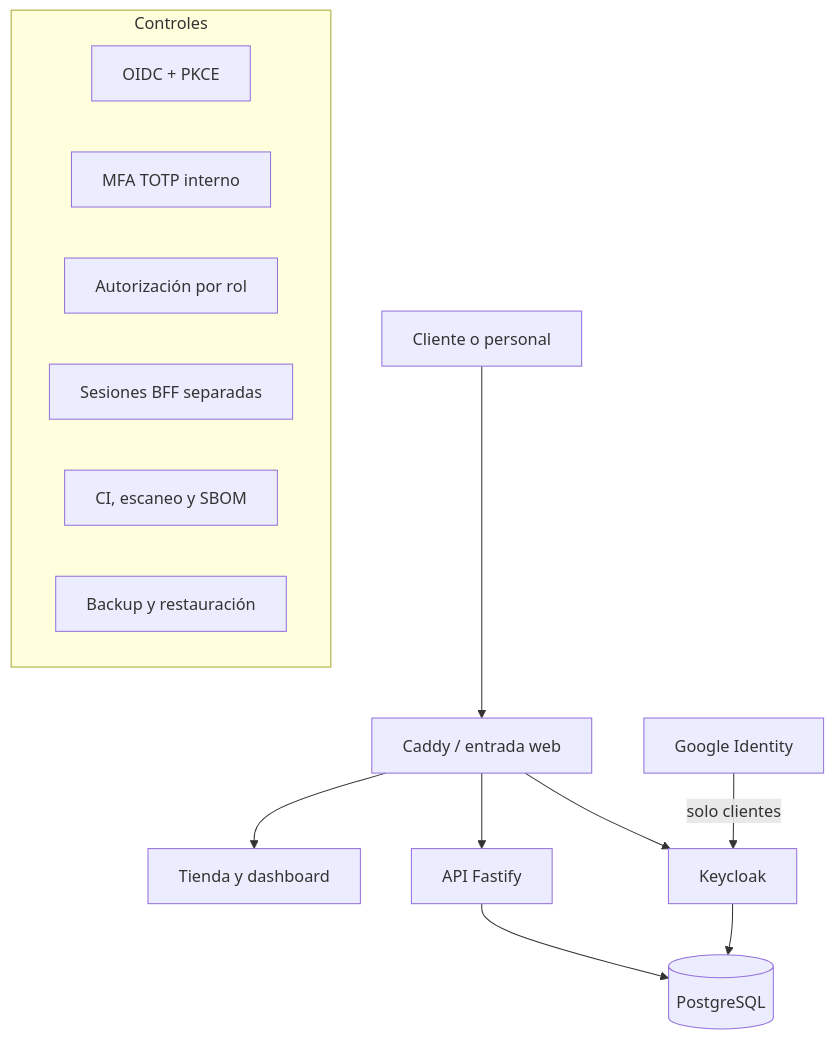
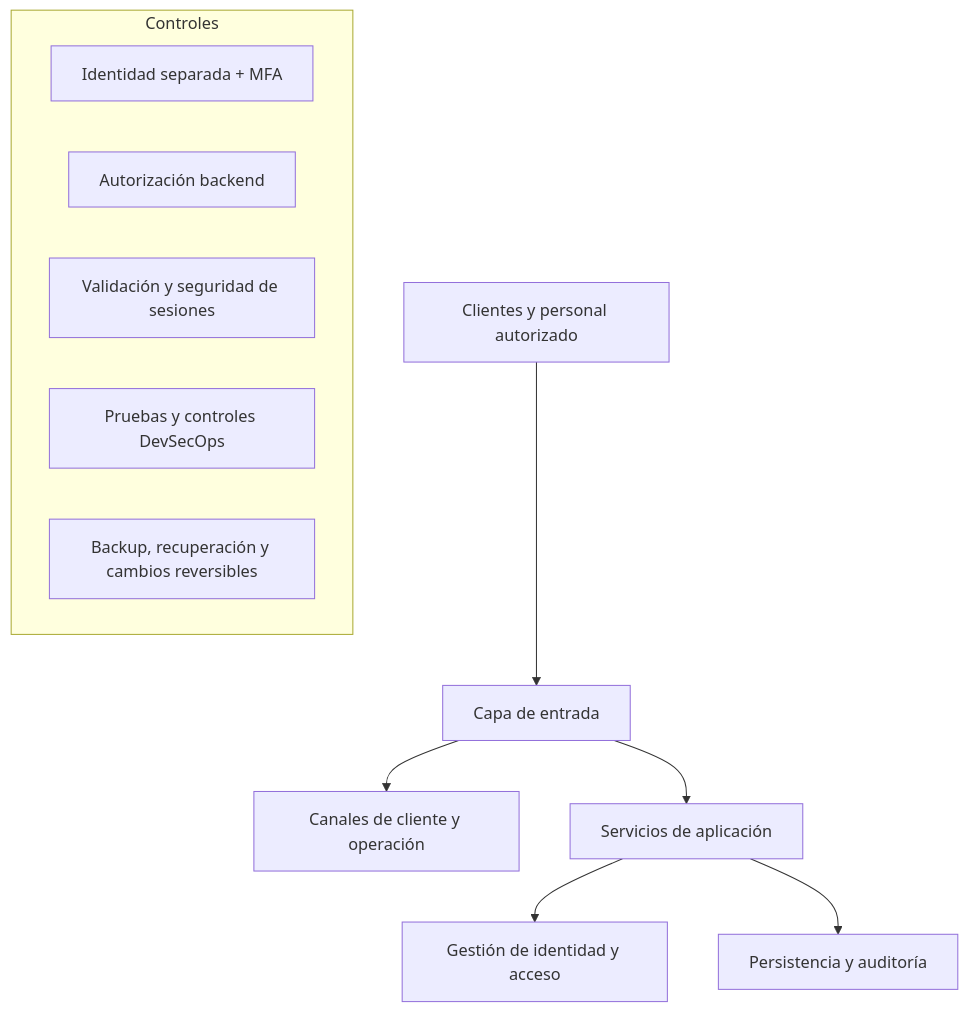
One commit to Dante2617012022/portfolio-web changed the diagram in docs/case-studies/camdis-commerce-security.md. Above: the diagram before and after it, drawn with Mermaid. The commit also changed other lines of this file and 7 other files, not shown here.

````diff
--- a/docs/case-studies/camdis-commerce-security.md
+++ b/docs/case-studies/camdis-commerce-security.md
@@ -22,20 +22,16 @@
 ```mermaid
 flowchart TD
-    U[Cliente o personal] --> C[Caddy / entrada web]
-    C --> W[Tienda y dashboard]
-    C --> A[API Fastify]
-    C --> K[Keycloak]
-    A --> P[(PostgreSQL)]
-    K --> P
-
-    G[Google Identity] -->|solo clientes| K
+    U[Clientes y personal autorizado] --> E[Capa de entrada]
+    E --> C[Canales de cliente y operación]
+    E --> A[Servicios de aplicación]
+    A --> I[Gestión de identidad y acceso]
+    A --> D[Persistencia y auditoría]
 
     subgraph Controles
-      IAM[OIDC + PKCE]
-      MFA[MFA TOTP interno]
-      RBAC[Autorización por rol]
-      SESS[Sesiones BFF separadas]
-      CI[CI, escaneo y SBOM]
-      BCP[Backup y restauración]
+      IAM[Identidad separada + MFA]
+      AUTH[Autorización backend]
+      APPSEC[Validación y seguridad de sesiones]
+      CICD[Pruebas y controles DevSecOps]
+      BCP[Backup, recuperación y cambios reversibles]
     end
 ```
````
